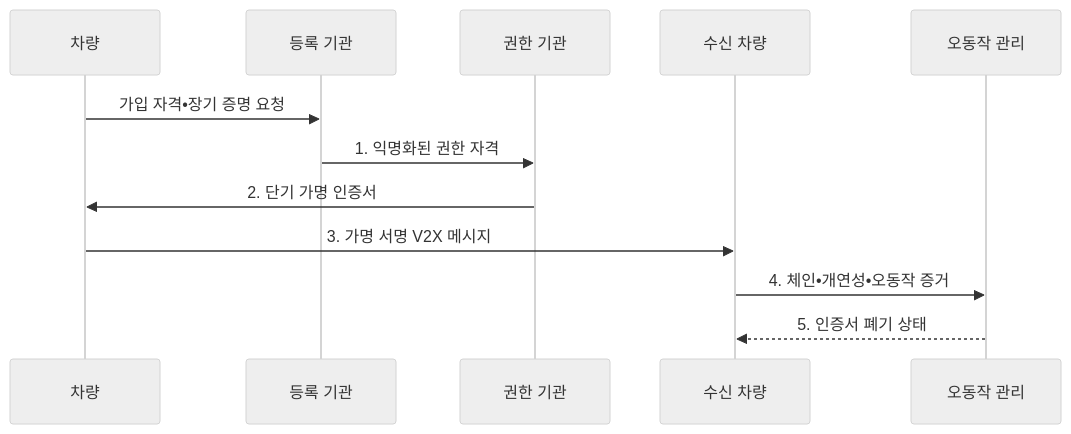
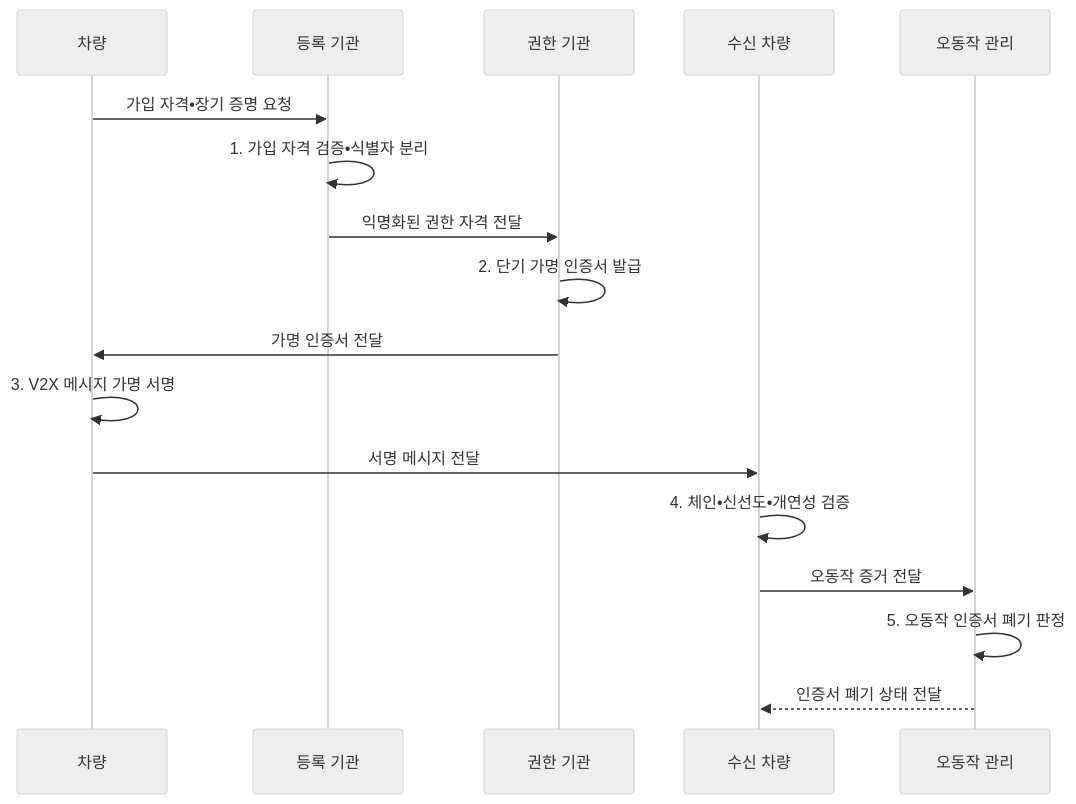
One commit to agnusdei1207/knowledge-base changed the second of 2 diagrams in src/content/docs/notes/05-security/136_vehicle_pki.md. Above: the diagram before and after it, drawn with Mermaid (neutral theme). The commit also changed other lines of this file and 19 other files, not shown here.

````diff
--- a/src/content/docs/notes/05-security/136_vehicle_pki.md
+++ b/src/content/docs/notes/05-security/136_vehicle_pki.md
@@ -102,14 +102,19 @@
 ```mermaid
 sequenceDiagram
   participant V as 차량
   participant E as 등록 기관
   participant A as 권한 기관
   participant R as 수신 차량
   participant M as 오동작 관리
   V->>E: 가입 자격•장기 증명 요청
-  E->>A: 1. 익명화된 권한 자격
-  A->>V: 2. 단기 가명 인증서
-  V->>R: 3. 가명 서명 V2X 메시지
-  R->>M: 4. 체인•개연성•오동작 증거
-  M-->>R: 5. 인증서 폐기 상태
+  E->>E: 1. 가입 자격 검증•식별자 분리
+  E->>A: 익명화된 권한 자격 전달
+  A->>A: 2. 단기 가명 인증서 발급
+  A->>V: 가명 인증서 전달
+  V->>V: 3. V2X 메시지 가명 서명
+  V->>R: 서명 메시지 전달
+  R->>R: 4. 체인•신선도•개연성 검증
+  R->>M: 오동작 증거 전달
+  M->>M: 5. 오동작 인증서 폐기 판정
+  M-->>R: 인증서 폐기 상태 전달
 ```
````
